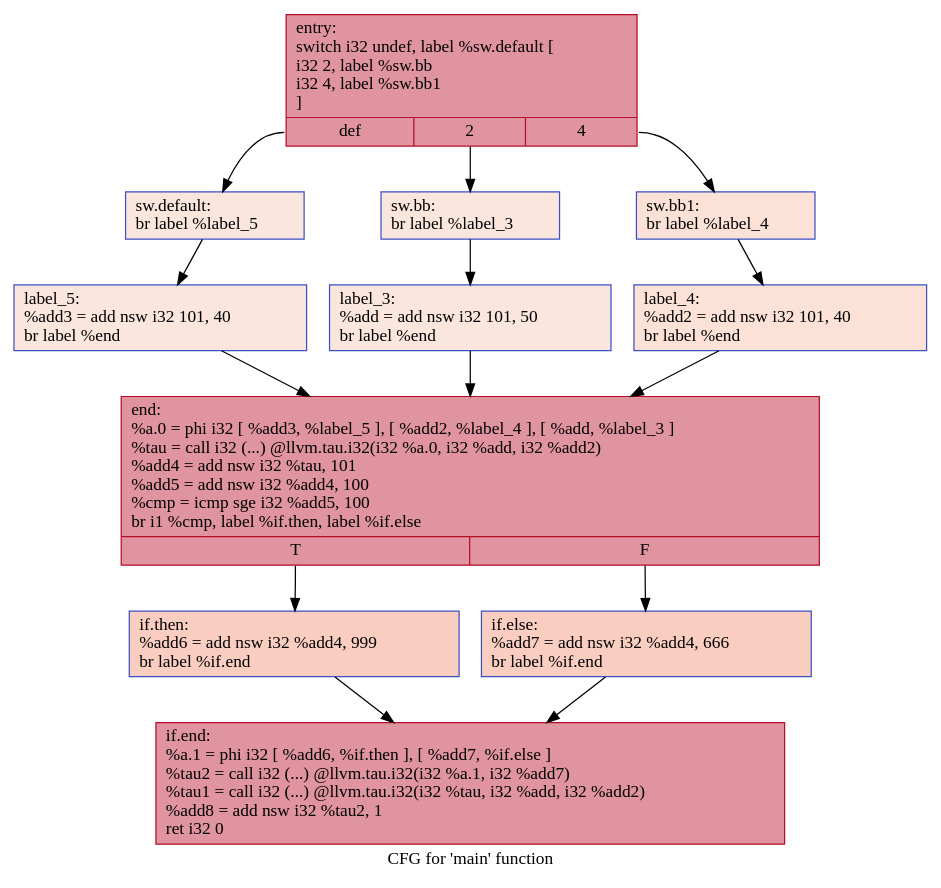
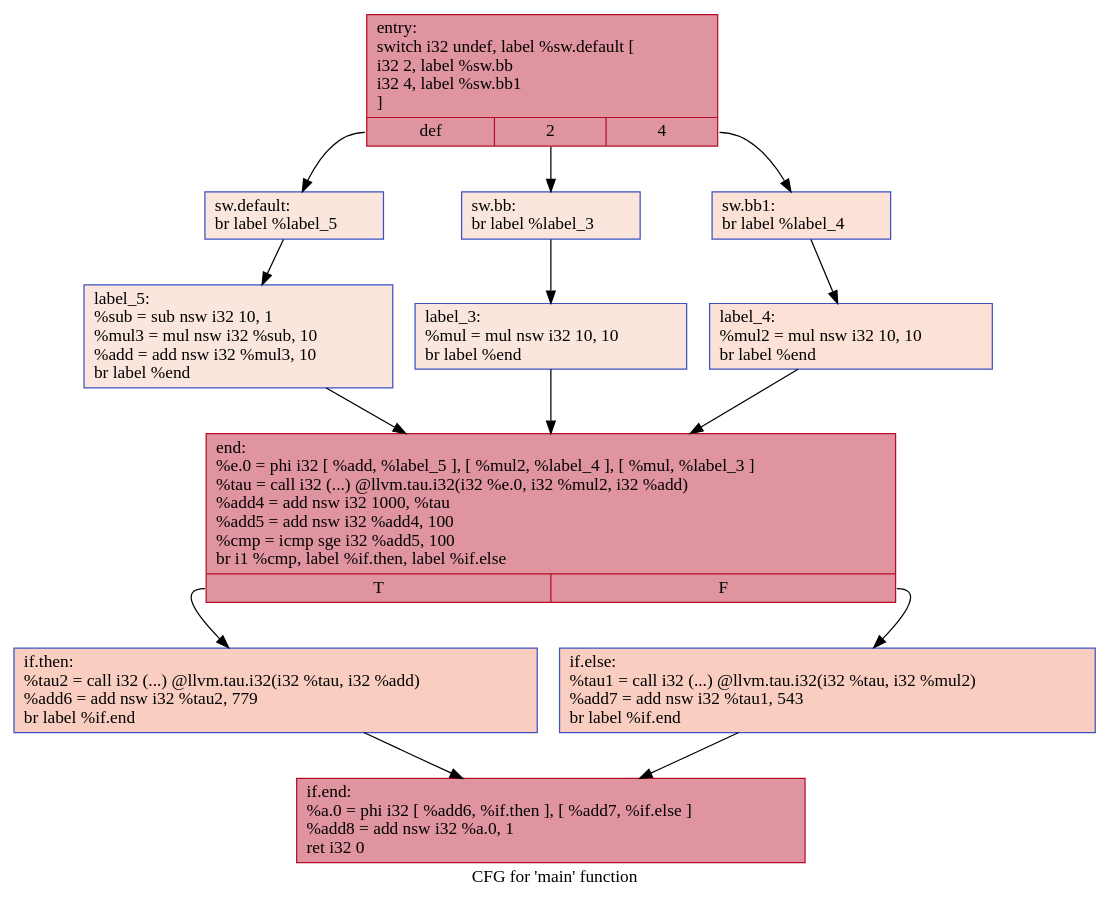
One commit to HPSSA-LLVM/HPSSA-LLVM changed the diagram in IR/cfg/afterHPSSA.dot. Above: the diagram before and after it, drawn with Graphviz. The commit also changed 35 other files, not shown here.

```diff
--- a/IR/cfg/afterHPSSA.dot
+++ b/IR/cfg/afterHPSSA.dot
@@ -1,28 +1,28 @@
 digraph "CFG for 'main' function" {
 	label="CFG for 'main' function";
 
-	Node0x56322628e9a0 [shape=record,color="#b70d28ff", style=filled, fillcolor="#b70d2870",label="{entry:\l  switch i32 undef, label %sw.default [\l    i32 2, label %sw.bb\l    i32 4, label %sw.bb1\l  ]\l|{<s0>def|<s1>2|<s2>4}}"];
-	Node0x56322628e9a0:s0 -> Node0x56322628ef00;
-	Node0x56322628e9a0:s1 -> Node0x56322628ef80;
-	Node0x56322628e9a0:s2 -> Node0x56322628f020;
-	Node0x56322628ef80 [shape=record,color="#3d50c3ff", style=filled, fillcolor="#f3c7b170",label="{sw.bb:                                            \l  br label %label_3\l}"];
-	Node0x56322628ef80 -> Node0x56322628f1b0;
-	Node0x56322628f020 [shape=record,color="#3d50c3ff", style=filled, fillcolor="#f7bca170",label="{sw.bb1:                                           \l  br label %label_4\l}"];
-	Node0x56322628f020 -> Node0x56322628f290;
-	Node0x56322628ef00 [shape=record,color="#3d50c3ff", style=filled, fillcolor="#f3c7b170",label="{sw.default:                                       \l  br label %label_5\l}"];
-	Node0x56322628ef00 -> Node0x56322628f370;
-	Node0x56322628f1b0 [shape=record,color="#3d50c3ff", style=filled, fillcolor="#f3c7b170",label="{label_3:                                          \l  %add = add nsw i32 101, 50\l  br label %end\l}"];
-	Node0x56322628f1b0 -> Node0x56322628f560;
-	Node0x56322628f290 [shape=record,color="#3d50c3ff", style=filled, fillcolor="#f7bca170",label="{label_4:                                          \l  %add2 = add nsw i32 101, 40\l  br label %end\l}"];
-	Node0x56322628f290 -> Node0x56322628f560;
-	Node0x56322628f370 [shape=record,color="#3d50c3ff", style=filled, fillcolor="#f3c7b170",label="{label_5:                                          \l  %add3 = add nsw i32 101, 40\l  br label %end\l}"];
-	Node0x56322628f370 -> Node0x56322628f560;
-	Node0x56322628f560 [shape=record,color="#b70d28ff", style=filled, fillcolor="#b70d2870",label="{end:                                              \l  %a.0 = phi i32 [ %add3, %label_5 ], [ %add2, %label_4 ], [ %add, %label_3 ]\l  %tau = call i32 (...) @llvm.tau.i32(i32 %a.0, i32 %add, i32 %add2)\l  %add4 = add nsw i32 %tau, 101\l  %add5 = add nsw i32 %add4, 100\l  %cmp = icmp sge i32 %add5, 100\l  br i1 %cmp, label %if.then, label %if.else\l|{<s0>T|<s1>F}}"];
-	Node0x56322628f560:s0 -> Node0x56322628feb0;
-	Node0x56322628f560:s1 -> Node0x56322628ff20;
-	Node0x56322628feb0 [shape=record,color="#3d50c3ff", style=filled, fillcolor="#f2907270",label="{if.then:                                          \l  %add6 = add nsw i32 %add4, 999\l  br label %if.end\l}"];
-	Node0x56322628feb0 -> Node0x563226290120;
-	Node0x56322628ff20 [shape=record,color="#3d50c3ff", style=filled, fillcolor="#f2907270",label="{if.else:                                          \l  %add7 = add nsw i32 %add4, 666\l  br label %if.end\l}"];
-	Node0x56322628ff20 -> Node0x563226290120;
-	Node0x563226290120 [shape=record,color="#b70d28ff", style=filled, fillcolor="#b70d2870",label="{if.end:                                           \l  %a.1 = phi i32 [ %add6, %if.then ], [ %add7, %if.else ]\l  %tau2 = call i32 (...) @llvm.tau.i32(i32 %a.1, i32 %add7)\l  %tau1 = call i32 (...) @llvm.tau.i32(i32 %tau, i32 %add, i32 %add2)\l  %add8 = add nsw i32 %tau2, 1\l  ret i32 0\l}"];
+	Node0x5593e260f9d0 [shape=record,color="#b70d28ff", style=filled, fillcolor="#b70d2870",label="{entry:\l  switch i32 undef, label %sw.default [\l    i32 2, label %sw.bb\l    i32 4, label %sw.bb1\l  ]\l|{<s0>def|<s1>2|<s2>4}}"];
+	Node0x5593e260f9d0:s0 -> Node0x5593e260ff30;
+	Node0x5593e260f9d0:s1 -> Node0x5593e260ffb0;
+	Node0x5593e260f9d0:s2 -> Node0x5593e2610050;
+	Node0x5593e260ffb0 [shape=record,color="#3d50c3ff", style=filled, fillcolor="#f3c7b170",label="{sw.bb:                                            \l  br label %label_3\l}"];
+	Node0x5593e260ffb0 -> Node0x5593e26101e0;
+	Node0x5593e2610050 [shape=record,color="#3d50c3ff", style=filled, fillcolor="#f7bca170",label="{sw.bb1:                                           \l  br label %label_4\l}"];
+	Node0x5593e2610050 -> Node0x5593e26102c0;
+	Node0x5593e260ff30 [shape=record,color="#3d50c3ff", style=filled, fillcolor="#f3c7b170",label="{sw.default:                                       \l  br label %label_5\l}"];
+	Node0x5593e260ff30 -> Node0x5593e26103a0;
+	Node0x5593e26101e0 [shape=record,color="#3d50c3ff", style=filled, fillcolor="#f3c7b170",label="{label_3:                                          \l  %mul = mul nsw i32 10, 10\l  br label %end\l}"];
+	Node0x5593e26101e0 -> Node0x5593e2610560;
+	Node0x5593e26102c0 [shape=record,color="#3d50c3ff", style=filled, fillcolor="#f7bca170",label="{label_4:                                          \l  %mul2 = mul nsw i32 10, 10\l  br label %end\l}"];
+	Node0x5593e26102c0 -> Node0x5593e2610560;
+	Node0x5593e26103a0 [shape=record,color="#3d50c3ff", style=filled, fillcolor="#f3c7b170",label="{label_5:                                          \l  %sub = sub nsw i32 10, 1\l  %mul3 = mul nsw i32 %sub, 10\l  %add = add nsw i32 %mul3, 10\l  br label %end\l}"];
+	Node0x5593e26103a0 -> Node0x5593e2610560;
+	Node0x5593e2610560 [shape=record,color="#b70d28ff", style=filled, fillcolor="#b70d2870",label="{end:                                              \l  %e.0 = phi i32 [ %add, %label_5 ], [ %mul2, %label_4 ], [ %mul, %label_3 ]\l  %tau = call i32 (...) @llvm.tau.i32(i32 %e.0, i32 %mul2, i32 %add)\l  %add4 = add nsw i32 1000, %tau\l  %add5 = add nsw i32 %add4, 100\l  %cmp = icmp sge i32 %add5, 100\l  br i1 %cmp, label %if.then, label %if.else\l|{<s0>T|<s1>F}}"];
+	Node0x5593e2610560:s0 -> Node0x5593e2611040;
+	Node0x5593e2610560:s1 -> Node0x5593e26110b0;
+	Node0x5593e2611040 [shape=record,color="#3d50c3ff", style=filled, fillcolor="#f2907270",label="{if.then:                                          \l  %tau2 = call i32 (...) @llvm.tau.i32(i32 %tau, i32 %add)\l  %add6 = add nsw i32 %tau2, 779\l  br label %if.end\l}"];
+	Node0x5593e2611040 -> Node0x5593e26113e0;
+	Node0x5593e26110b0 [shape=record,color="#3d50c3ff", style=filled, fillcolor="#f2907270",label="{if.else:                                          \l  %tau1 = call i32 (...) @llvm.tau.i32(i32 %tau, i32 %mul2)\l  %add7 = add nsw i32 %tau1, 543\l  br label %if.end\l}"];
+	Node0x5593e26110b0 -> Node0x5593e26113e0;
+	Node0x5593e26113e0 [shape=record,color="#b70d28ff", style=filled, fillcolor="#b70d2870",label="{if.end:                                           \l  %a.0 = phi i32 [ %add6, %if.then ], [ %add7, %if.else ]\l  %add8 = add nsw i32 %a.0, 1\l  ret i32 0\l}"];
 }
```
